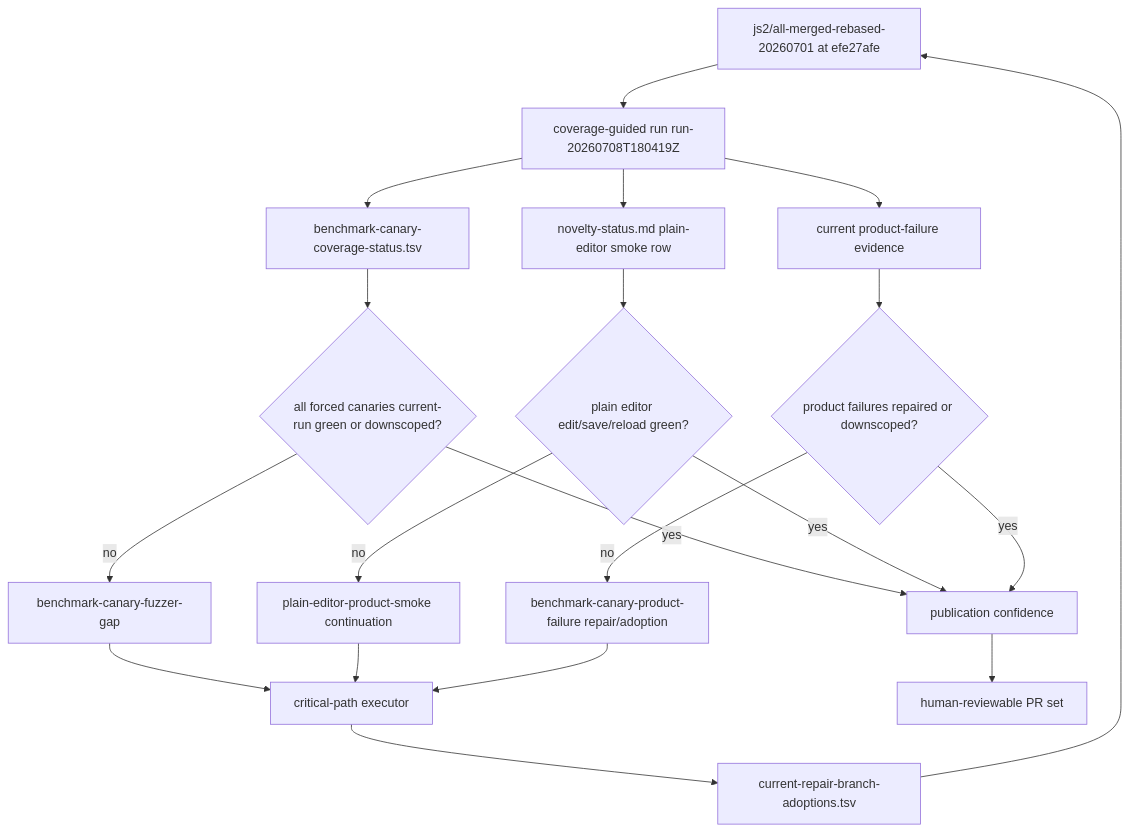
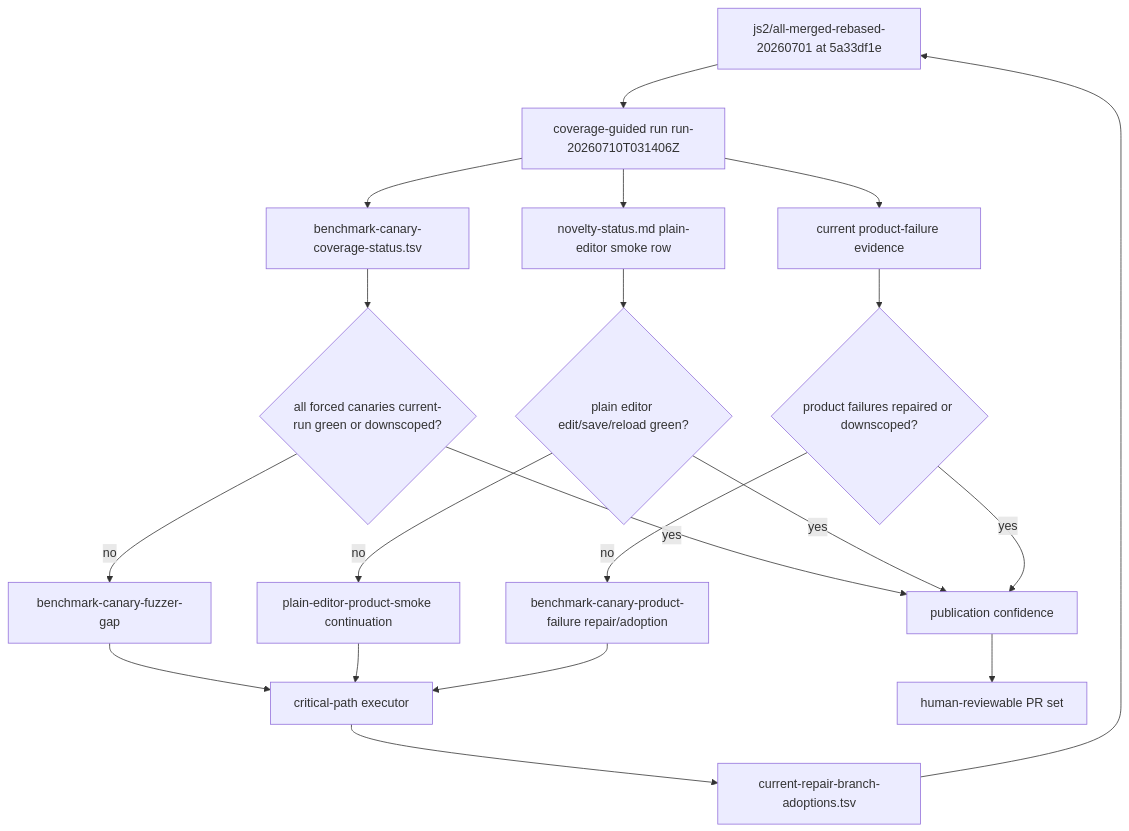
Before and after one commit to danluu/gutenberg: the fifth of 12 diagrams in docs/explanations/architecture/rtc-jetstream2-fuzzing-architecture-and-loops-20260515.md, drawn with Mermaid. The commit also changed other lines of this file and 11 other files, not shown here.

````diff
--- a/docs/explanations/architecture/rtc-jetstream2-fuzzing-architecture-and-loops-20260515.md
+++ b/docs/explanations/architecture/rtc-jetstream2-fuzzing-architecture-and-loops-20260515.md
@@ -392,26 +522,26 @@
 ```mermaid
 flowchart TB
-    Candidate[js2/all-merged-rebased-20260701 at efe27afe] --> CoverageRun[coverage-guided run run-20260708T180419Z]
+    Candidate[js2/all-merged-rebased-20260701 at 5a33df1e] --> CoverageRun[coverage-guided run run-20260710T031406Z]
     CoverageRun --> CanaryStatus[benchmark-canary-coverage-status.tsv]
     CoverageRun --> SmokeStatus[novelty-status.md plain-editor smoke row]
     CoverageRun --> ProductEvidence[current product-failure evidence]
 
     CanaryStatus --> CanaryGate{all forced canaries current-run green or downscoped?}
     SmokeStatus --> SmokeGate{plain editor edit/save/reload green?}
     ProductEvidence --> ProductGate{product failures repaired or downscoped?}
 
     CanaryGate -->|no| FuzzerGap[benchmark-canary-fuzzer-gap]
     SmokeGate -->|no| PlainSmoke[plain-editor-product-smoke continuation]
     ProductGate -->|no| ProductRepair[benchmark-canary-product-failure repair/adoption]
 
     FuzzerGap --> Critical[critical-path executor]
     PlainSmoke --> Critical
     ProductRepair --> Critical
     Critical --> Adoption[current-repair-branch-adoptions.tsv]
     Adoption --> Candidate
 
     CanaryGate -->|yes| PublishReady[publication confidence]
     SmokeGate -->|yes| PublishReady
     ProductGate -->|yes| PublishReady
     PublishReady --> MaintainerPR[human-reviewable PR set]
 ```
````
